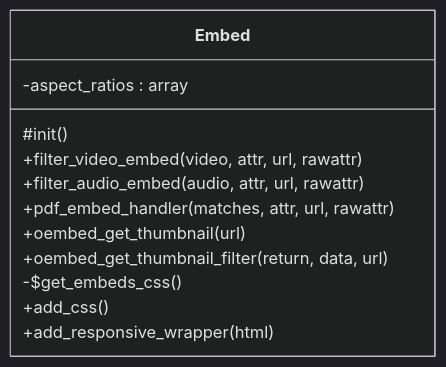
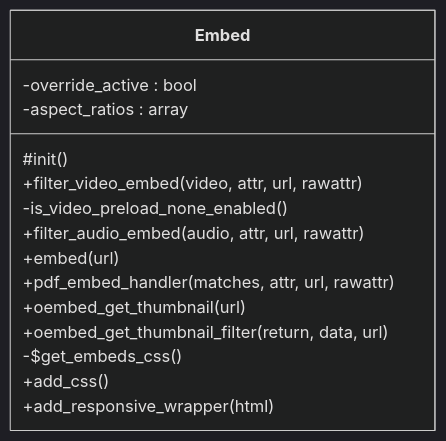
Before and after one commit to tainacan/tainacan: the diagram in docs/phpdoc/classes/Tainacan/Embed.md, drawn with Mermaid (dark theme). The commit also changed other lines of this file and 62 other files, not shown here.

````diff
--- a/docs/phpdoc/classes/Tainacan/Embed.md
+++ b/docs/phpdoc/classes/Tainacan/Embed.md
@@ -14,16 +14,19 @@
 ```mermaid
 classDiagram
     direction TB
     class Embed {
+        -override_active : bool
         -aspect_ratios : array
         #init()
         +filter_video_embed(video, attr, url, rawattr)
+        -is_video_preload_none_enabled()
         +filter_audio_embed(audio, attr, url, rawattr)
+        +embed(url)
         +pdf_embed_handler(matches, attr, url, rawattr)
         +oembed_get_thumbnail(url)
         +oembed_get_thumbnail_filter(return, data, url)
         -$get_embeds_css()
         +add_css()
         +add_responsive_wrapper(html)
     }
 ```
````
